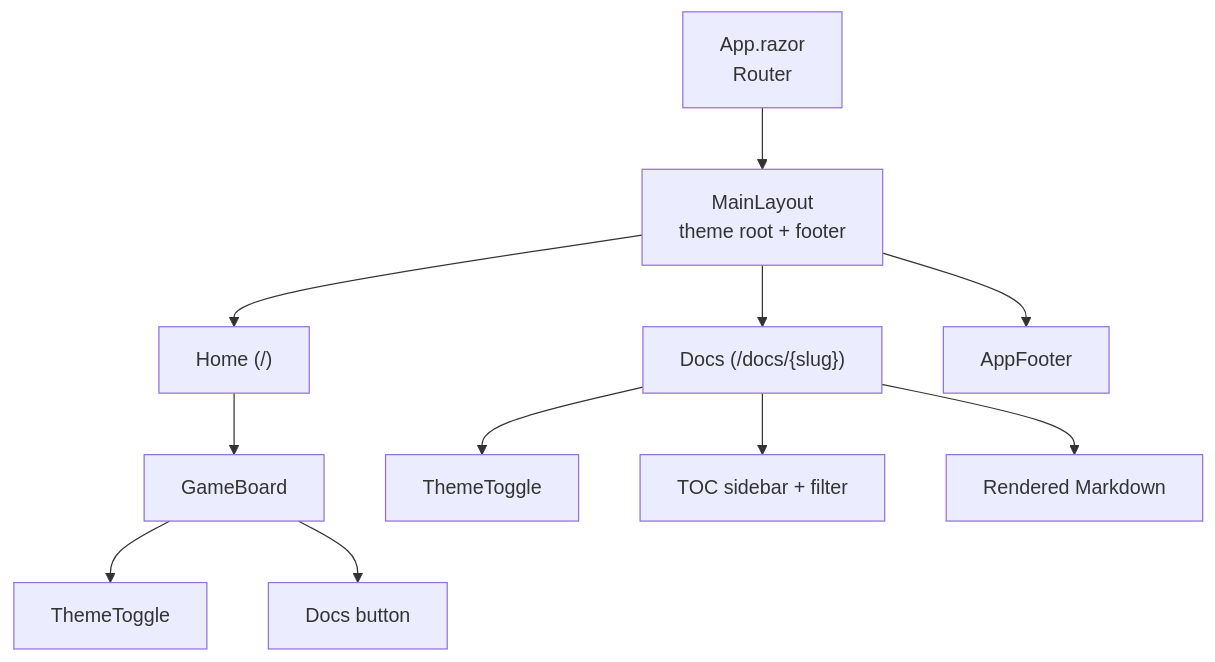
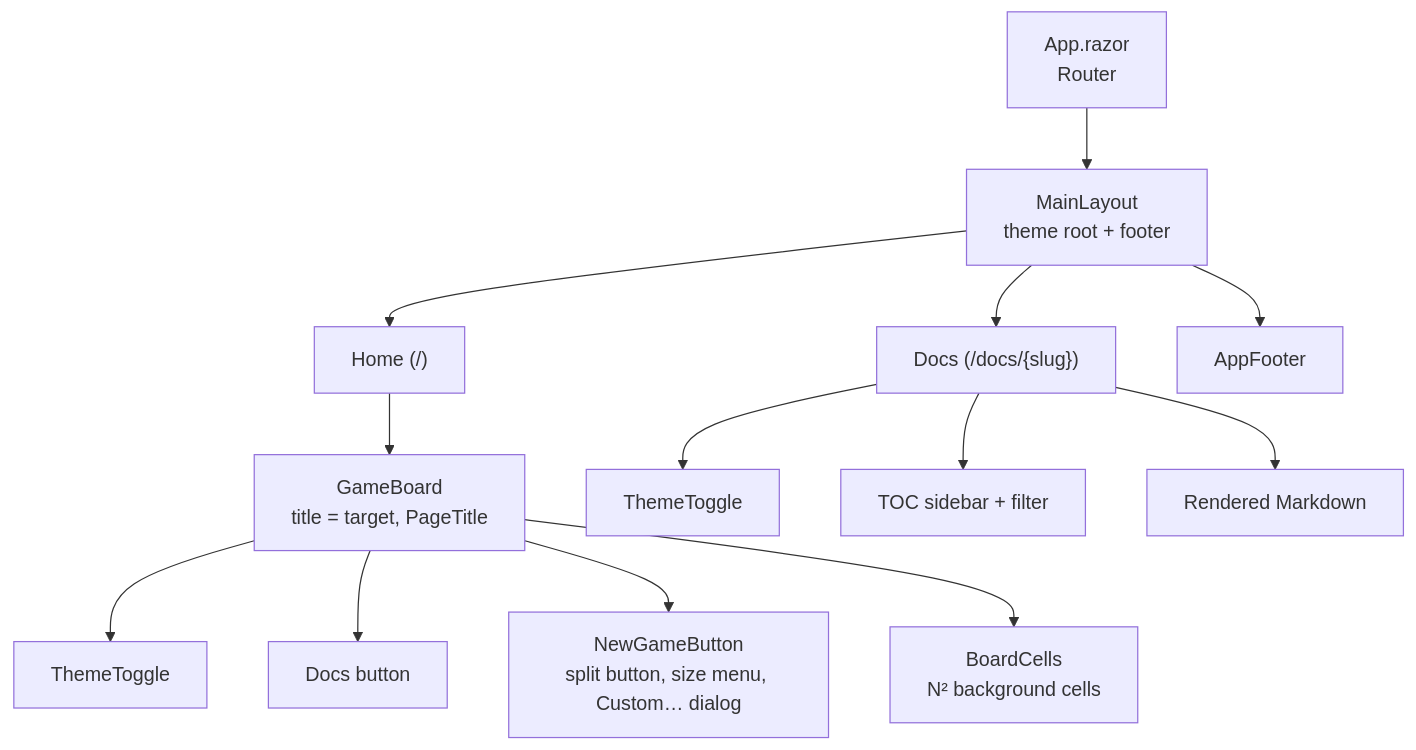
The second of 2 diagrams in docs/architecture.md (gkizior/blazor-2048), drawn with Mermaid before and after one commit. The commit also changed other lines of this file and 26 other files, not shown here.

````diff
--- a/docs/architecture.md
+++ b/docs/architecture.md
@@ -50,14 +51,16 @@
 ```mermaid
 flowchart TD
     accTitle: Component tree
     App[App.razor<br/>Router] --> Layout[MainLayout<br/>theme root + footer]
     Layout --> Home["Home (/)"]
     Layout --> DocsPage["Docs (/docs/{slug})"]
     Layout --> Footer[AppFooter]
-    Home --> Board[GameBoard]
+    Home --> Board[GameBoard<br/>title = target, PageTitle]
     Board --> Toggle1[ThemeToggle]
     Board --> DocsLink[Docs button]
+    Board --> NewGame[NewGameButton<br/>split button, size menu, Custom… dialog]
+    Board --> Cells[BoardCells<br/>N² background cells]
     DocsPage --> Toggle2[ThemeToggle]
     DocsPage --> Sidebar[TOC sidebar + filter]
     DocsPage --> Content[Rendered Markdown]
 ```
````
